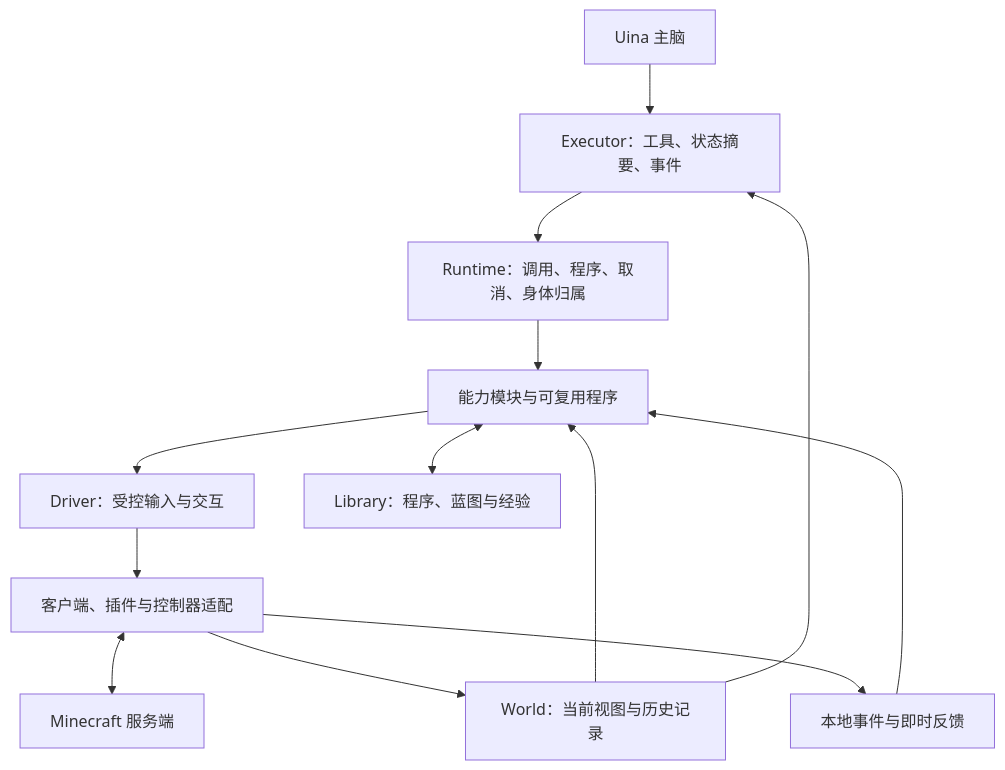
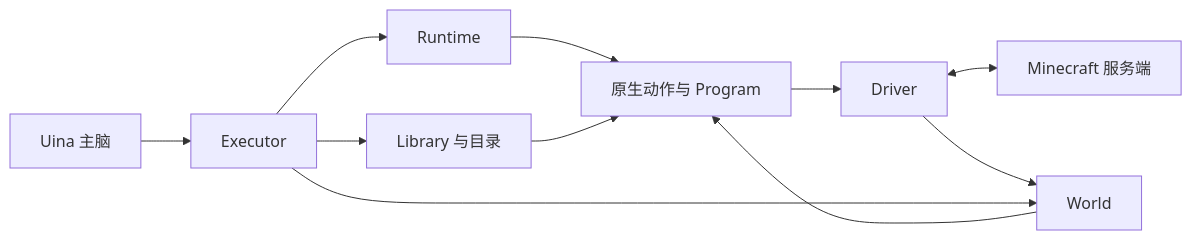
The diagram in docs/proposals/mc/design.md (FanRec/uina-agent), drawn with Mermaid before and after one commit. The commit also changed other lines of this file and 62 other files, not shown here.

````diff
--- a/docs/proposals/mc/design.md
+++ b/docs/proposals/mc/design.md
@@ -74,15 +46,13 @@
 ```mermaid
-flowchart TB
-    A[Uina 主脑] --> X[Executor：工具、状态摘要、事件]
-    X --> R[Runtime：调用、程序、取消、身体归属]
-    R --> F[能力模块与可复用程序]
-    F --> D[Driver：受控输入与交互]
-    D --> M[客户端、插件与控制器适配]
-    M <--> S[Minecraft 服务端]
-    M --> O[World：当前视图与历史记录]
-    O --> F
-    O --> X
-    F <--> L[Library：程序、蓝图与经验]
-    M --> E[本地事件与即时反馈]
-    E --> F
+flowchart LR
+  A[Uina 主脑] --> E[Executor]
+  E --> R[Runtime]
+  R --> C[原生动作与 Program]
+  C --> D[Driver]
+  D <--> S[Minecraft 服务端]
+  D --> W[World]
+  W --> C
+  E --> W
+  E --> L[Library 与目录]
+  L --> C
 ```
````
